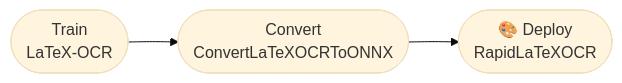
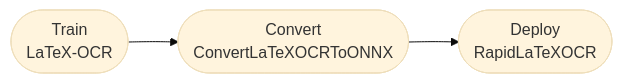
The diagram in README.md (RapidAI/RapidLaTeXOCR), drawn with Mermaid (base theme) before and after one commit.

````diff
--- a/README.md
+++ b/README.md
@@ -36,9 +36,9 @@
 ```mermaid
 flowchart LR
 
-A([Train\n LaTeX-OCR]) --> B([Convert \n ConvertLaTeXOCRToONNX]) --> C([🎨 Deploy\n RapidLaTeXOCR])
+A([Train\n LaTeX-OCR]) --> B([Convert \n ConvertLaTeXOCRToONNX]) --> C([Deploy\n RapidLaTeXOCR])
 
 click A "https://github.com/lukas-blecher/LaTeX-OCR" _blank
 click B "https://github.com/SWHL/ConvertLaTeXOCRToONNX" _blank
 click C "https://github.com/RapidAI/RapidLaTeXOCR" _blank
 ```
````
